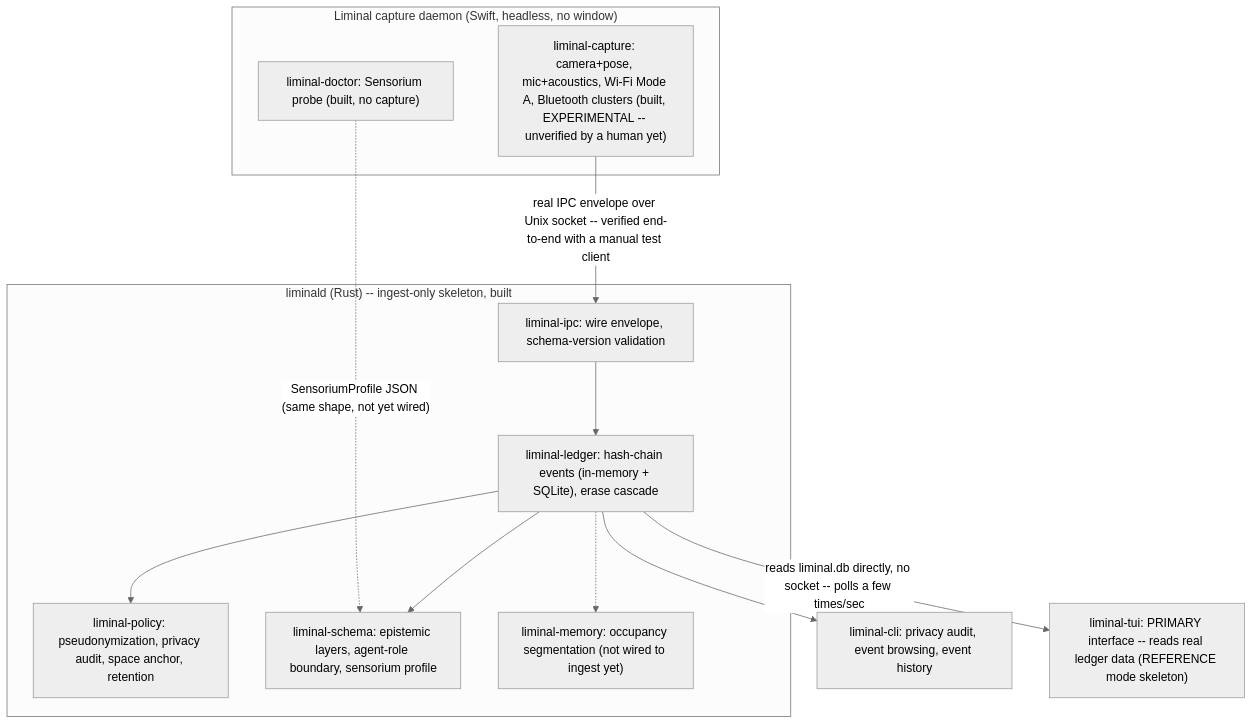
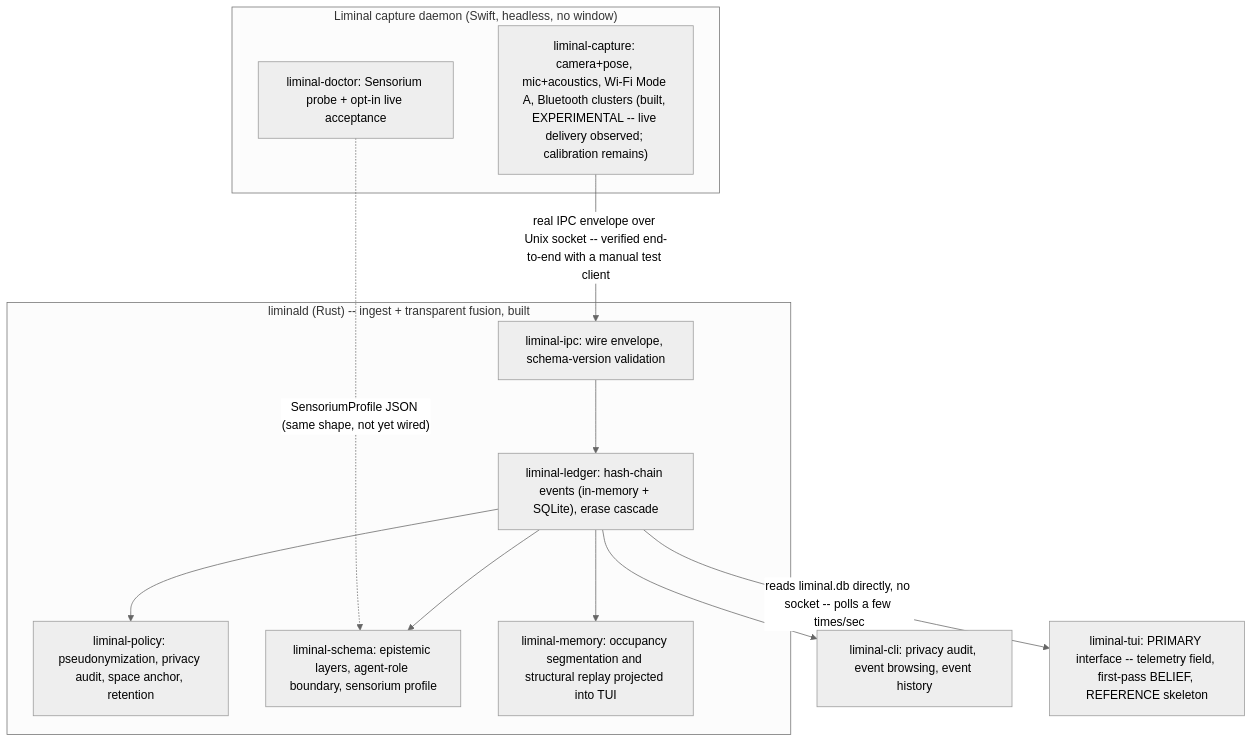
One commit to randyren278/liminal changed the diagram in docs/ARCHITECTURE.md. Above: the diagram before and after it, drawn with Mermaid (neutral theme). The commit also changed other lines of this file and 35 other files, not shown here.

````diff
--- a/docs/ARCHITECTURE.md
+++ b/docs/ARCHITECTURE.md
@@ -19,25 +19,25 @@
 ```mermaid
 flowchart TB
     subgraph Swift["Liminal capture daemon (Swift, headless, no window)"]
-        Doctor["liminal-doctor: Sensorium probe (built, no capture)"]
-        Sensors["liminal-capture: camera+pose, mic+acoustics, Wi-Fi Mode A, Bluetooth clusters (built, EXPERIMENTAL -- unverified by a human yet)"]
+        Doctor["liminal-doctor: Sensorium probe + opt-in live acceptance"]
+        Sensors["liminal-capture: camera+pose, mic+acoustics, Wi-Fi Mode A, Bluetooth clusters (built, EXPERIMENTAL -- live delivery observed; calibration remains)"]
     end
-    subgraph Rust["liminald (Rust) -- ingest-only skeleton, built"]
+        subgraph Rust["liminald (Rust) -- ingest + transparent fusion, built"]
         IPC["liminal-ipc: wire envelope, schema-version validation"]
         Ledger["liminal-ledger: hash-chain events (in-memory + SQLite), erase cascade"]
         Policy["liminal-policy: pseudonymization, privacy audit, space anchor, retention"]
         Schema["liminal-schema: epistemic layers, agent-role boundary, sensorium profile"]
-        Memory["liminal-memory: occupancy segmentation (not wired to ingest yet)"]
+        Memory["liminal-memory: occupancy segmentation and structural replay projected into TUI"]
     end
     CLI["liminal-cli: privacy audit, event browsing, event history"]
-    TUI["liminal-tui: PRIMARY interface -- reads real ledger data (REFERENCE mode skeleton)"]
+    TUI["liminal-tui: PRIMARY interface -- telemetry field, first-pass BELIEF, REFERENCE skeleton"]
 
     Doctor -.->|"SensoriumProfile JSON (same shape, not yet wired)"| Schema
     Sensors -->|"real IPC envelope over Unix socket -- verified end-to-end with a manual test client"| IPC
     IPC --> Ledger
     Ledger --> Policy
     Ledger --> Schema
-    Ledger -.-> Memory
+    Ledger --> Memory
     Ledger --> CLI
     Ledger -->|"reads liminal.db directly, no socket -- polls a few times/sec"| TUI
 ```
````
